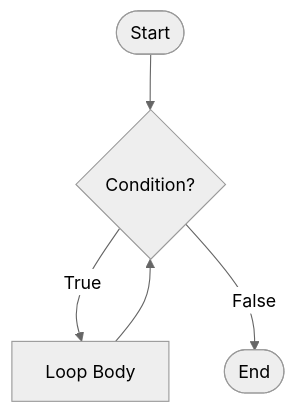
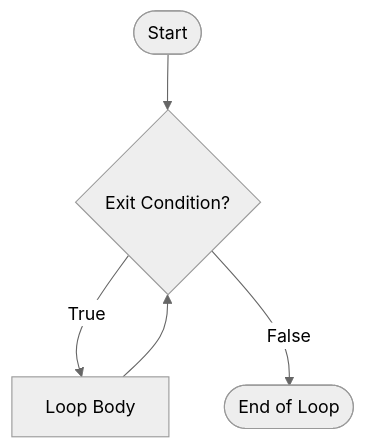
The diagram in doc/BASIC.md (andreas-grimm/GD-BASIC), drawn with Mermaid (neutral theme) before and after one commit.

Commit message:
Fixing BASIC.md file

````diff
--- a/doc/BASIC.md
+++ b/doc/BASIC.md
@@ -405,7 +405,7 @@
 ```mermaid
 flowchart TD
-    Start([Start]) --> Condition{Condition?}
+    Start([Start]) --> Condition{Exit Condition?}
     Condition -- True --> Body[Loop Body]
     Body --> Condition
-    Condition -- False --> End([End])
+    Condition -- False --> End([End of Loop])
 ```
````
